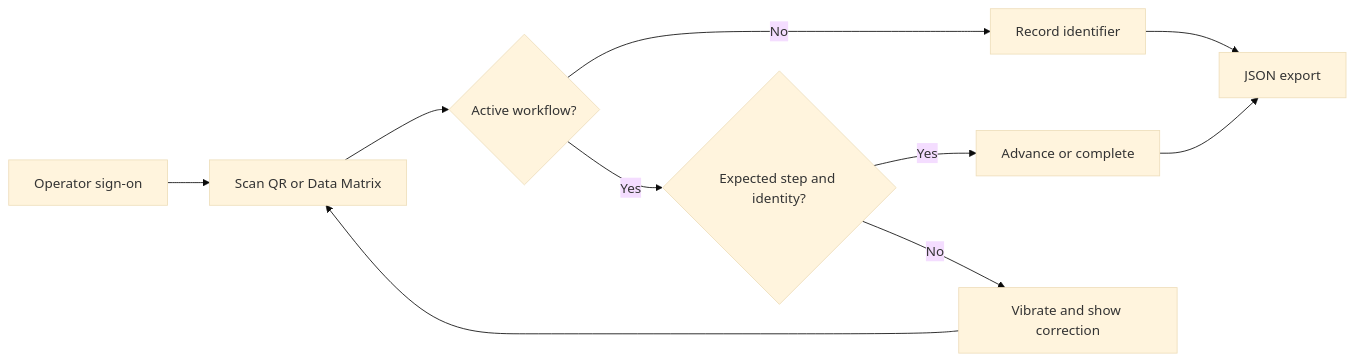
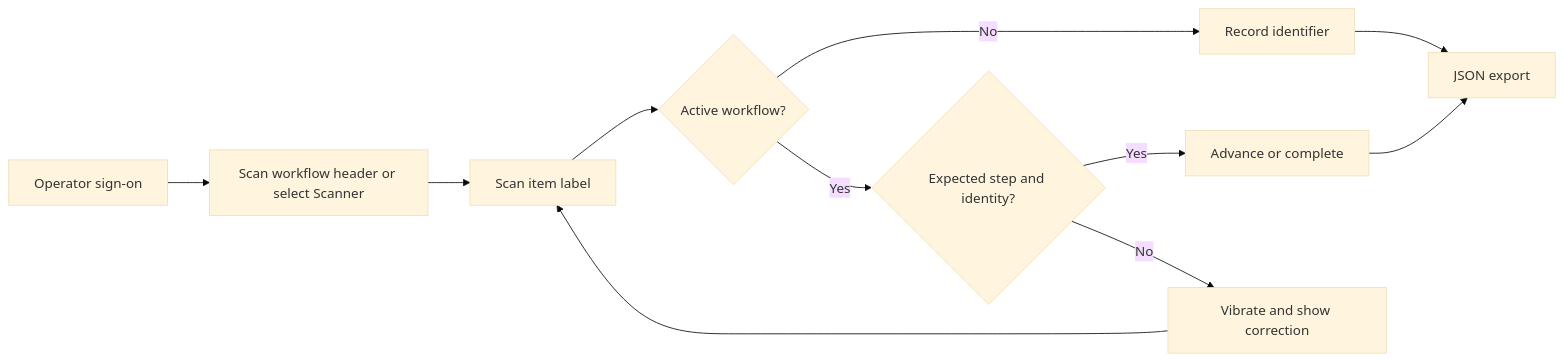
The first of 2 diagrams in README.md (CocoHusky/manufacturing-qr-scanner), drawn with Mermaid (base theme) before and after one commit. The commit also changed other lines of this file and 35 other files, not shown here.

````diff
--- a/README.md
+++ b/README.md
@@ -18,12 +18,13 @@
 ```mermaid
 flowchart LR
- A[Operator sign-on] --> B[Scan QR or Data Matrix]
+ A[Operator sign-on] --> S[Scan workflow header or select Scanner]
+ S --> B[Scan item label]
  B --> C{Active workflow?}
  C -->|No| D[Record identifier]
  C -->|Yes| E{Expected step and identity?}
  E -->|Yes| F[Advance or complete]
  E -->|No| G[Vibrate and show correction]
  G --> B
  D --> H[JSON export]
  F --> H
 ```
````
